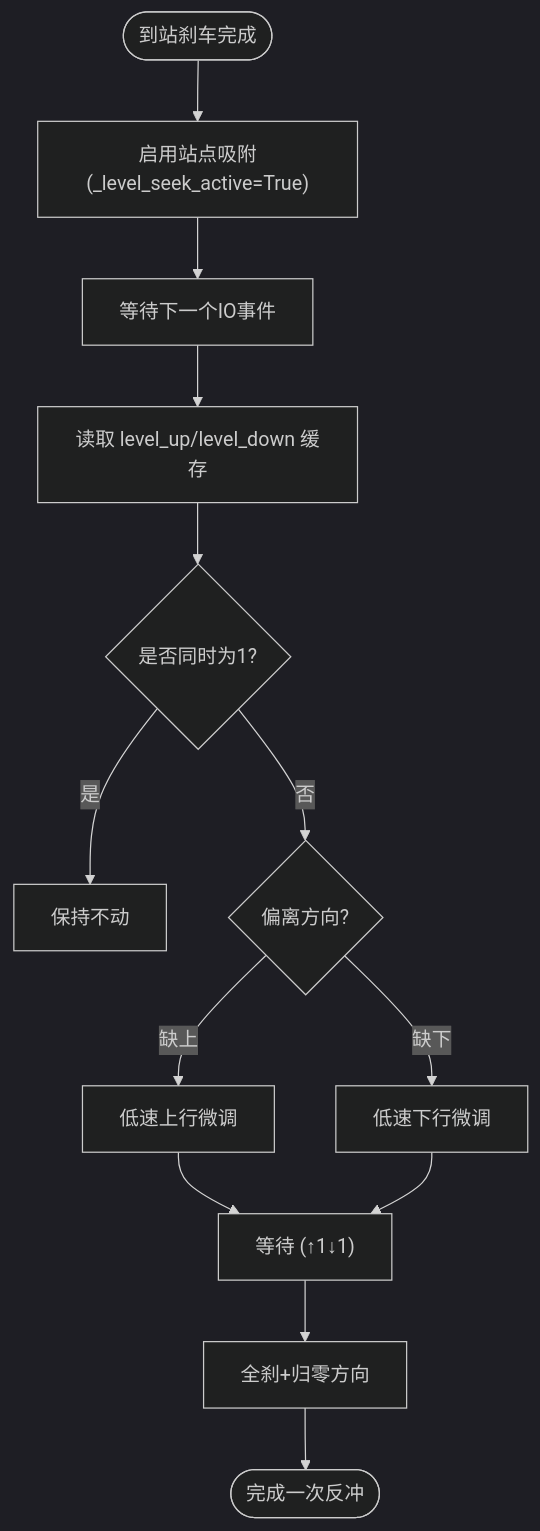
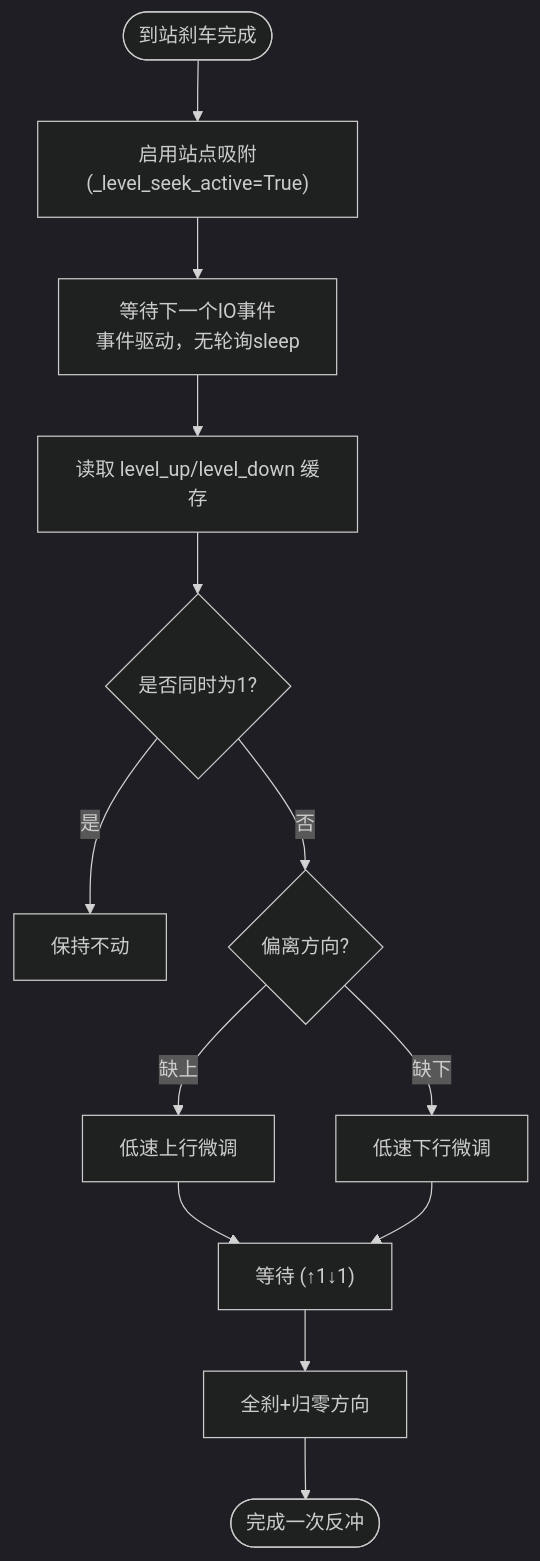
One commit to xmb505/Haku_EET changed the fifth of 6 diagrams in .qoder/repowiki/zh/content/系统架构概览/系统架构概览.md. Above: the diagram before and after it, drawn with Mermaid (dark theme). The commit also changed other lines of this file and 37 other files, not shown here.

First line of the commit message:
docs(architecture): 更新三层架构和模块职责说明

````diff
--- a/.qoder/repowiki/zh/content/系统架构概览/系统架构概览.md
+++ b/.qoder/repowiki/zh/content/系统架构概览/系统架构概览.md
@@ -301,15 +329,15 @@
 ```mermaid
 flowchart TD
 Start(["到站刹车完成"]) --> CheckHold["启用站点吸附(_level_seek_active=True)"]
-CheckHold --> WaitIO["等待下一个IO事件"]
+CheckHold --> WaitIO["等待下一个IO事件<br/>事件驱动，无轮询sleep"]
 WaitIO --> ReadLevel["读取 level_up/level_down 缓存"]
 ReadLevel --> Perfect{"是否同时为1?"}
 Perfect -- 是 --> Stay["保持不动"]
 Perfect -- 否 --> Deviate{"偏离方向?"}
 Deviate -- 缺上 --> MoveUp["低速上行微调"]
 Deviate -- 缺下 --> MoveDown["低速下行微调"]
 MoveUp --> WaitPerfect["等待 (↑1↓1)"]
 MoveDown --> WaitPerfect
 WaitPerfect --> Brake["全刹+归零方向"]
 Brake --> End(["完成一次反冲"])
 ```
````
